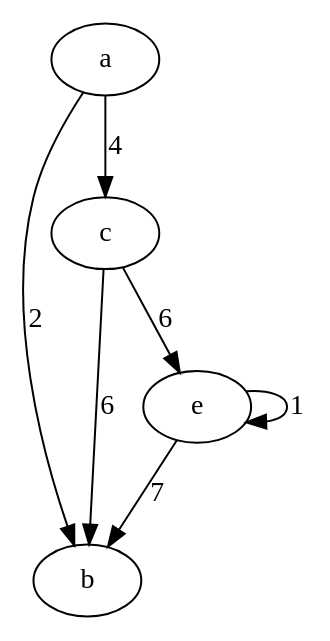
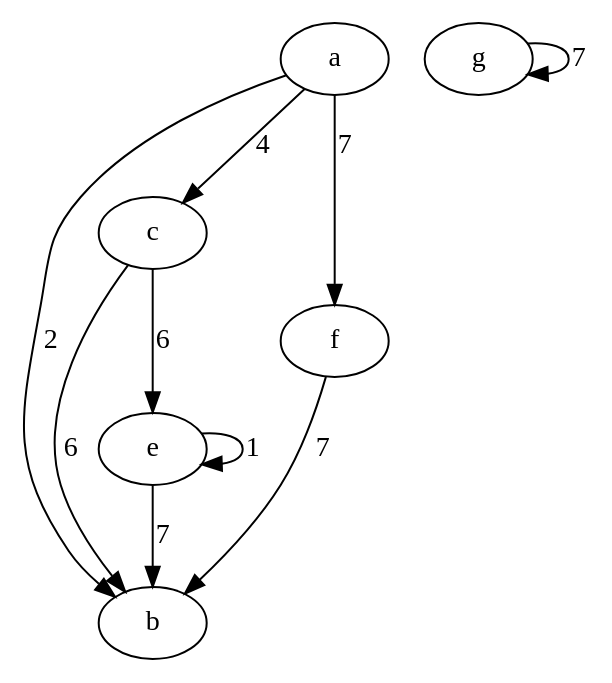
The diagram in InputParser/src/test.dot (Jordanwmk/Paralex), drawn with Graphviz before and after one commit. The commit also changed 1 other file, not shown here.

```diff
--- a/InputParser/src/test.dot
+++ b/InputParser/src/test.dot
@@ -1,8 +1,11 @@
 digraph {
 		a -> b[label="2",weight="2"];
 		a -> c[label="4",weight="4"];
 		c -> b[label="6",weight="6"];
 		c -> e[label="6",weight="6"];
 		e -> e[label="1",weight="1"];
 		e -> b[label="7",weight="7"];
+		f -> b[label="7",weight="7"];
+		a -> f[label="7",weight="7"];
+		g -> g[label="7",weight="7"];
 	}
```
